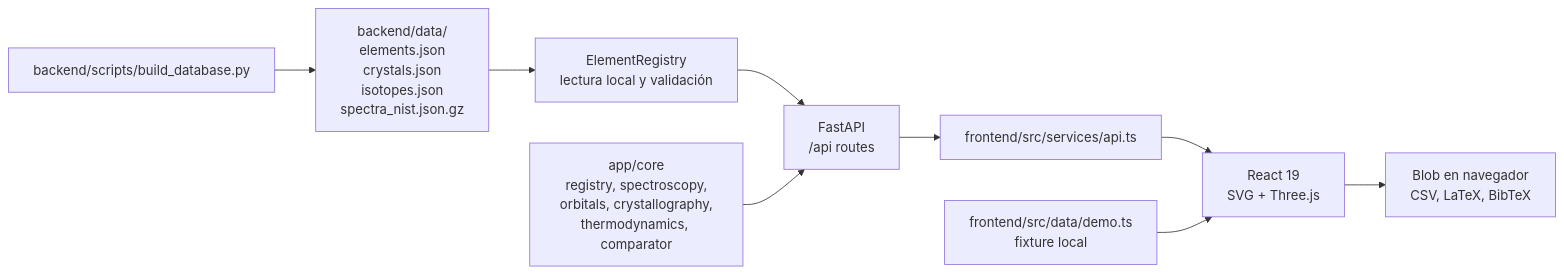
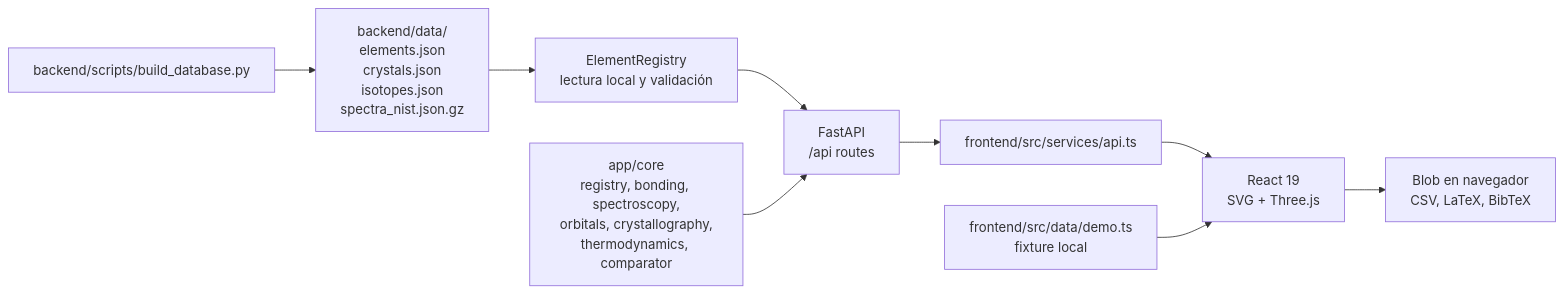
Before and after one commit to moises-inc/PIDE: the diagram in docs/architecture.md, drawn with Mermaid. The commit also changed other lines of this file and 7 other files, not shown here.

````diff
--- a/docs/architecture.md
+++ b/docs/architecture.md
@@ -15,11 +15,11 @@
 ```mermaid
 flowchart LR
     SEED["backend/scripts/build_database.py"] --> DATA["backend/data/\nelements.json\ncrystals.json\nisotopes.json\nspectra_nist.json.gz"]
     DATA --> REG["ElementRegistry\nlectura local y validación"]
     REG --> ROUTES["FastAPI\n/api routes"]
-    ENGINES["app/core\nregistry, spectroscopy,\norbitals, crystallography,\nthermodynamics, comparator"] --> ROUTES
+    ENGINES["app/core\nregistry, bonding, spectroscopy,\norbitals, crystallography,\nthermodynamics, comparator"] --> ROUTES
     ROUTES --> CLIENT["frontend/src/services/api.ts"]
     CLIENT --> UI["React 19\nSVG + Three.js"]
     FIXTURES["frontend/src/data/demo.ts\nfixture local"] --> UI
     UI --> EXPORT["Blob en navegador\nCSV, LaTeX, BibTeX"]
 ```
````
